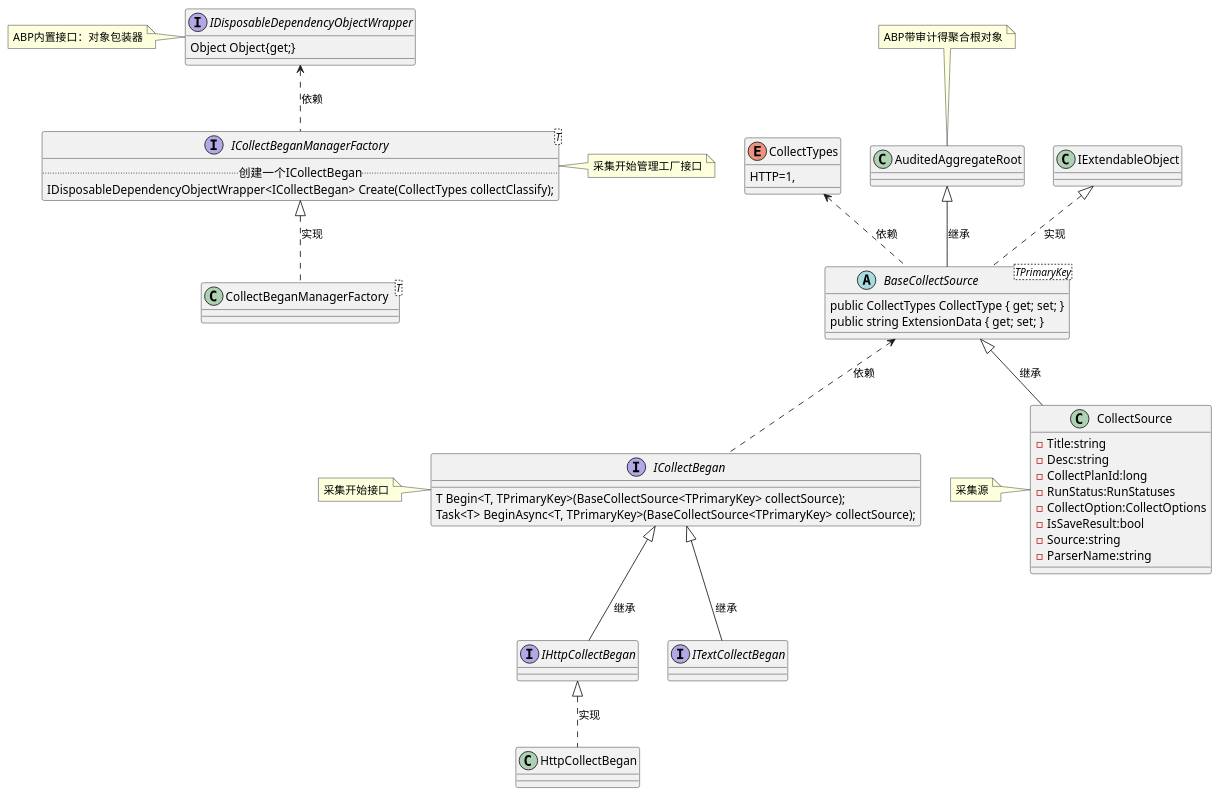
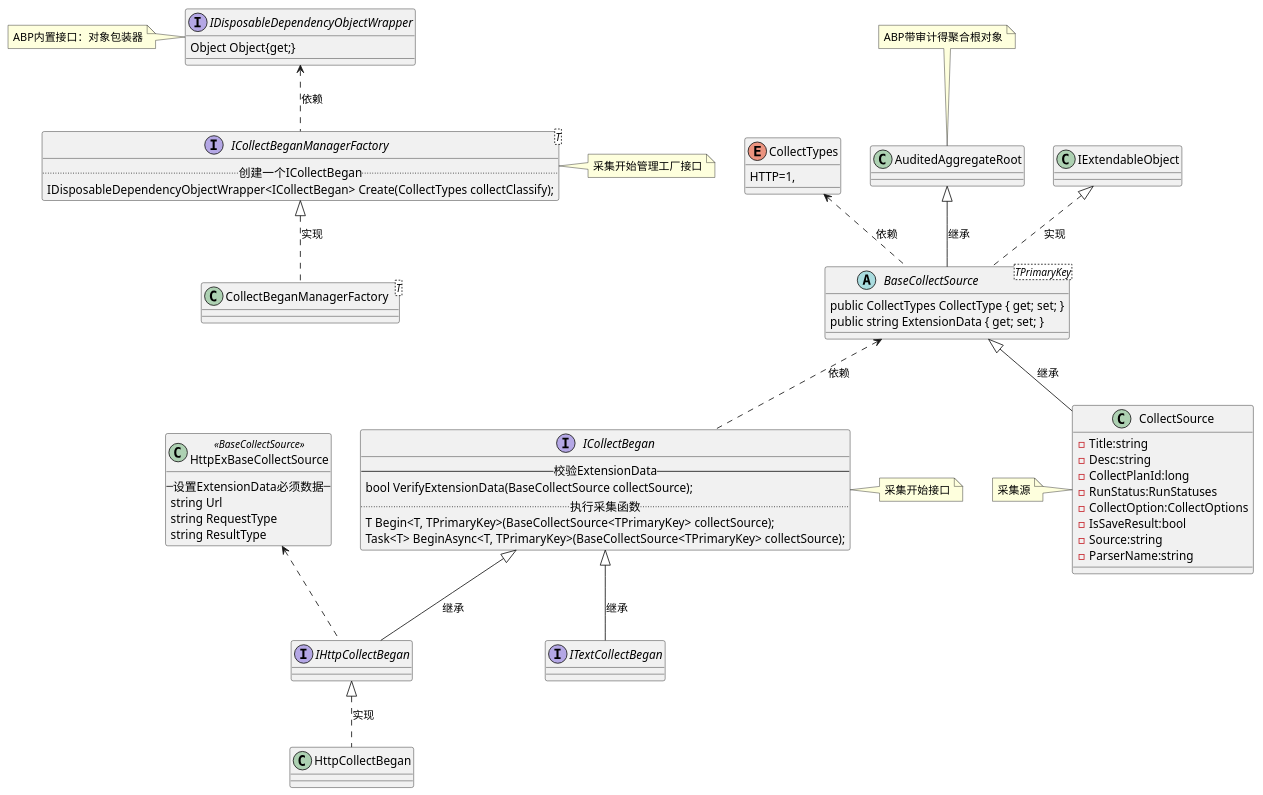
One commit to mainxx/mainxx.github.io changed the diagram in 我的文档/CQSSC/Collect设计.md. Above: the diagram before and after it, drawn with PlantUML.

Commit message:
晚上采集设计

````diff
--- a/我的文档/CQSSC/Collect设计.md
+++ b/我的文档/CQSSC/Collect设计.md
@@ -3,67 +3,81 @@
 ```plantuml
 
 @startuml
 interface  ICollectBeganManagerFactory<T>{
    ..创建一个ICollectBegan..
    IDisposableDependencyObjectWrapper<ICollectBegan> Create(CollectTypes collectClassify);
 }
 note right:采集开始管理工厂接口
 
 interface IDisposableDependencyObjectWrapper{
     Object Object{get;}
 }
 note left of IDisposableDependencyObjectWrapper:ABP内置接口：对象包装器
 
 IDisposableDependencyObjectWrapper <.. ICollectBeganManagerFactory : 依赖
 
 class CollectBeganManagerFactory<T>
 
 ICollectBeganManagerFactory <|.. CollectBeganManagerFactory : 实现
 
 interface ICollectBegan{
+    --校验ExtensionData--
+    bool VerifyExtensionData(BaseCollectSource collectSource);
+    ..执行采集函数..
     T Begin<T, TPrimaryKey>(BaseCollectSource<TPrimaryKey> collectSource);
     Task<T> BeginAsync<T, TPrimaryKey>(BaseCollectSource<TPrimaryKey> collectSource);
 }
-note left:采集开始接口
+note right:采集开始接口
 
 enum CollectTypes{
     HTTP=1,
 }
 
 abstract class BaseCollectSource<TPrimaryKey>{
     public CollectTypes CollectType { get; set; }
     public string ExtensionData { get; set; }
 }
 CollectTypes <.. BaseCollectSource : 依赖
 AuditedAggregateRoot <|-- BaseCollectSource : 继承
 IExtendableObject <|.. BaseCollectSource : 实现
 BaseCollectSource <..  ICollectBegan : 依赖
 
 note top of AuditedAggregateRoot:ABP带审计得聚合根对象
 
-interface IHttpCollectBegan
+
+interface IHttpCollectBegan{
+}
 ICollectBegan <|--  IHttpCollectBegan : 继承
 
 interface ITextCollectBegan
 ICollectBegan <|--  ITextCollectBegan : 继承
 
 IHttpCollectBegan <|.. HttpCollectBegan : 实现
+
+class HttpExBaseCollectSource  <<BaseCollectSource>> {
+    --设置ExtensionData必须数据--
+    string Url
+    string RequestType
+    string ResultType
+}
+
+HttpExBaseCollectSource <.. IHttpCollectBegan
 
 class CollectSource{
 - Title:string
 - Desc:string
 - CollectPlanId:long
 - RunStatus:RunStatuses
 - CollectOption:CollectOptions
 - IsSaveResult:bool
 - Source:string
 - ParserName:string
 }
 note left of CollectSource
      采集源
 end note
 
 BaseCollectSource <|-- CollectSource : 继承
 
 @enduml
 ```
````
